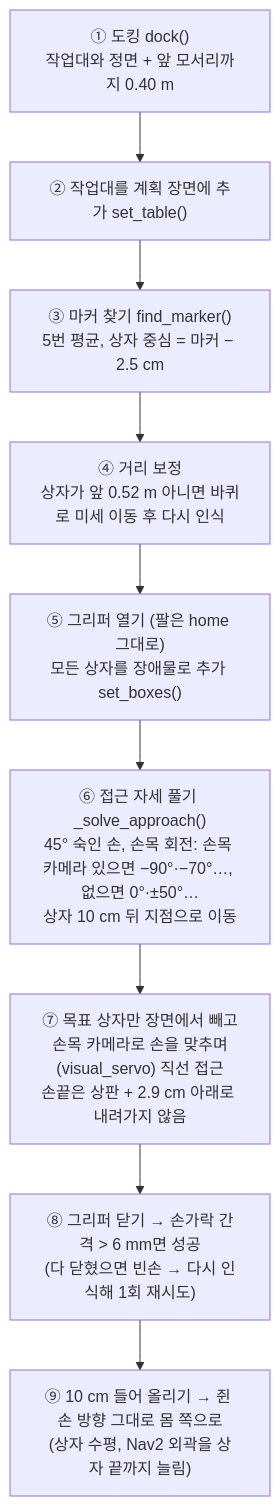
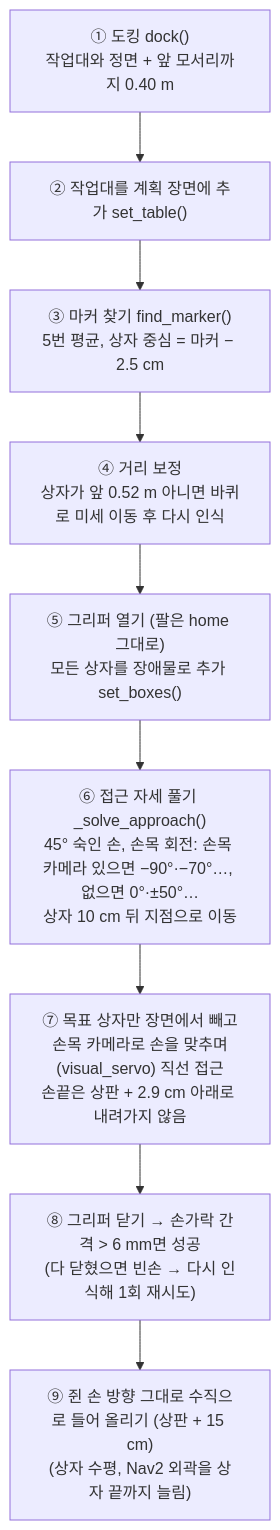
The diagram in doc/wheel/day2-02-aruco-pick-place.md (aha645/openarms_llm_ex), drawn with Mermaid before and after one commit. The commit also changed other lines of this file and 2 other files, not shown here.

Commit message:
바퀴형: 상자를 쥔 뒤 carry 로 접지 않고 쥔 손 방향 그대로 수직으로만 들어 올림 (carry 로 접으면 손목이 돌아 상자가 회전)

````diff
--- a/doc/wheel/day2-02-aruco-pick-place.md
+++ b/doc/wheel/day2-02-aruco-pick-place.md
@@ -53,11 +53,11 @@
 ```mermaid
 flowchart TB
   A["① 도킹 dock()<br/>작업대와 정면 + 앞 모서리까지 0.40 m"] --> B["② 작업대를 계획 장면에 추가 set_table()"]
   B --> C["③ 마커 찾기 find_marker()<br/>5번 평균, 상자 중심 = 마커 − 2.5 cm"]
   C --> D["④ 거리 보정<br/>상자가 앞 0.52 m 아니면 바퀴로 미세 이동 후 다시 인식"]
   D --> E["⑤ 그리퍼 열기 (팔은 home 그대로)<br/>모든 상자를 장애물로 추가 set_boxes()"]
   E --> F["⑥ 접근 자세 풀기 _solve_approach()<br/>45° 숙인 손, 손목 회전: 손목 카메라 있으면 −90°·−70°…, 없으면 0°·±50°…<br/>상자 10 cm 뒤 지점으로 이동"]
   F --> G["⑦ 목표 상자만 장면에서 빼고<br/>손목 카메라로 손을 맞추며(visual_servo) 직선 접근<br/>손끝은 상판 + 2.9 cm 아래로 내려가지 않음"]
   G --> H["⑧ 그리퍼 닫기 → 손가락 간격 > 6 mm면 성공<br/>(다 닫혔으면 빈손 → 다시 인식해 1회 재시도)"]
-  H --> I["⑨ 10 cm 들어 올리기 → 쥔 손 방향 그대로 몸 쪽으로<br/>(상자 수평, Nav2 외곽을 상자 끝까지 늘림)"]
+  H --> I["⑨ 쥔 손 방향 그대로 수직으로 들어 올리기 (상판 + 15 cm)<br/>(상자 수평, Nav2 외곽을 상자 끝까지 늘림)"]
 ```
````
